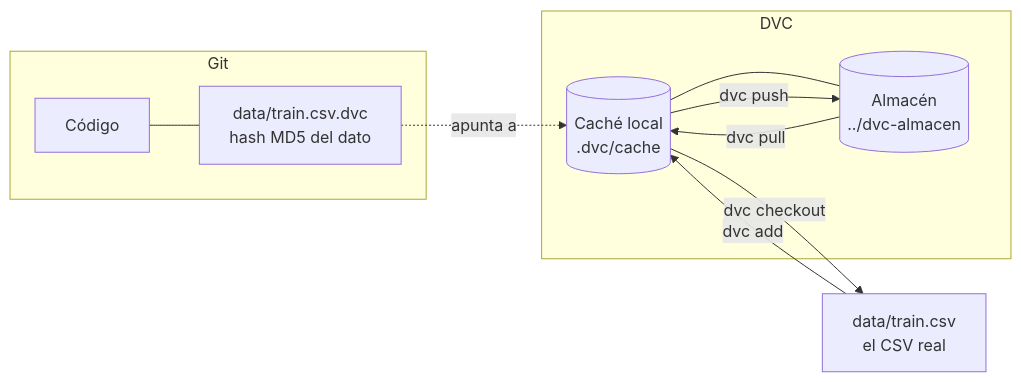
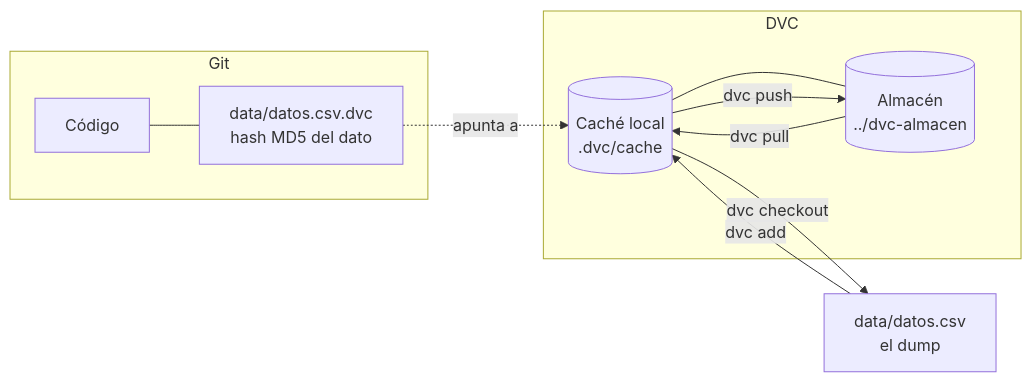
The second of 2 diagrams in docs/datos.md (AcademicHumber/proyecto-final-mlops), drawn with Mermaid before and after one commit. The commit also changed other lines of this file and 12 other files, not shown here.

Commit message:
Fase 5: documentacion del dump temporal, el monitor y las herramientas MCP de drift

````diff
--- a/docs/datos.md
+++ b/docs/datos.md
@@ -7,14 +56,14 @@
 ```mermaid
 flowchart LR
     subgraph Git
-        C[Código] --- F["data/train.csv.dvc<br/>hash MD5 del dato"]
+        C[Código] --- F["data/datos.csv.dvc<br/>hash MD5 del dato"]
     end
     subgraph DVC
         K[(Caché local<br/>.dvc/cache)] --- A[(Almacén<br/>../dvc-almacen)]
     end
     F -.->|apunta a| K
-    D["data/train.csv<br/>el CSV real"] -->|dvc add| K
+    D["data/datos.csv<br/>el dump"] -->|dvc add| K
     K -->|dvc push| A
     A -->|dvc pull| K
     K -->|dvc checkout| D
 ```
````
